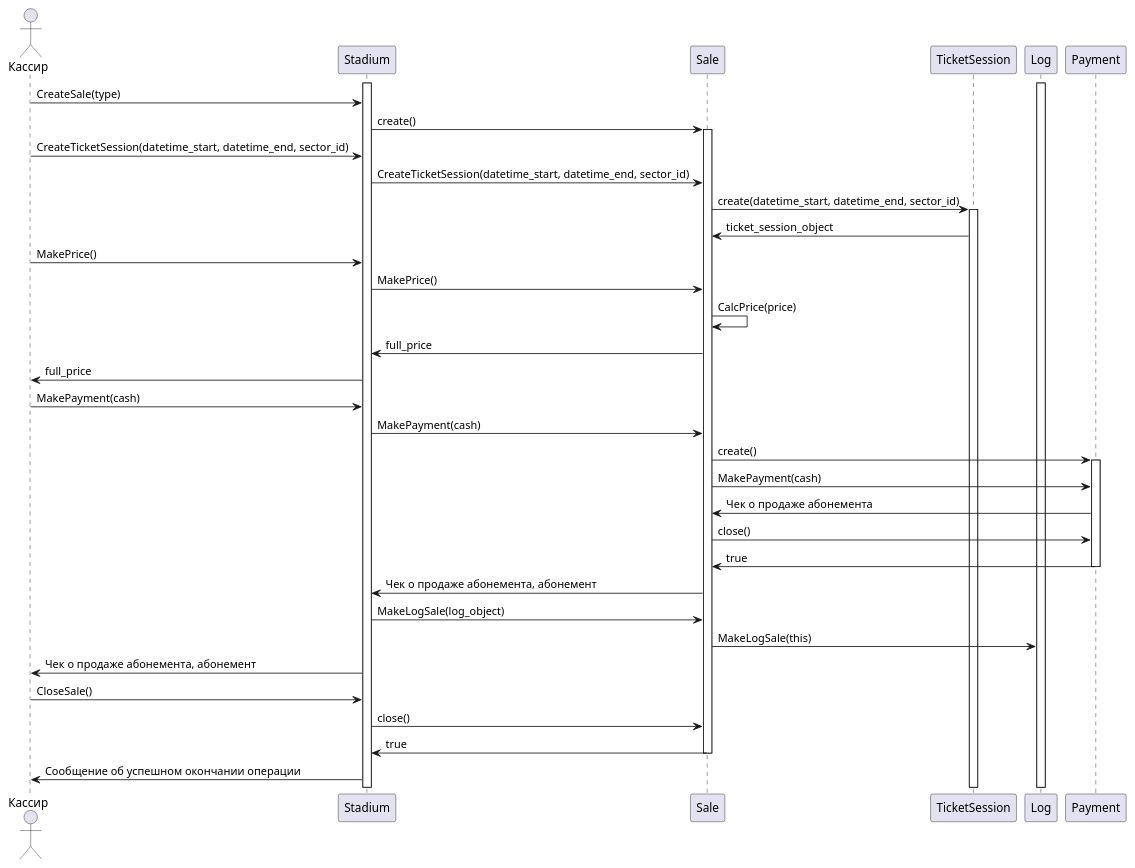
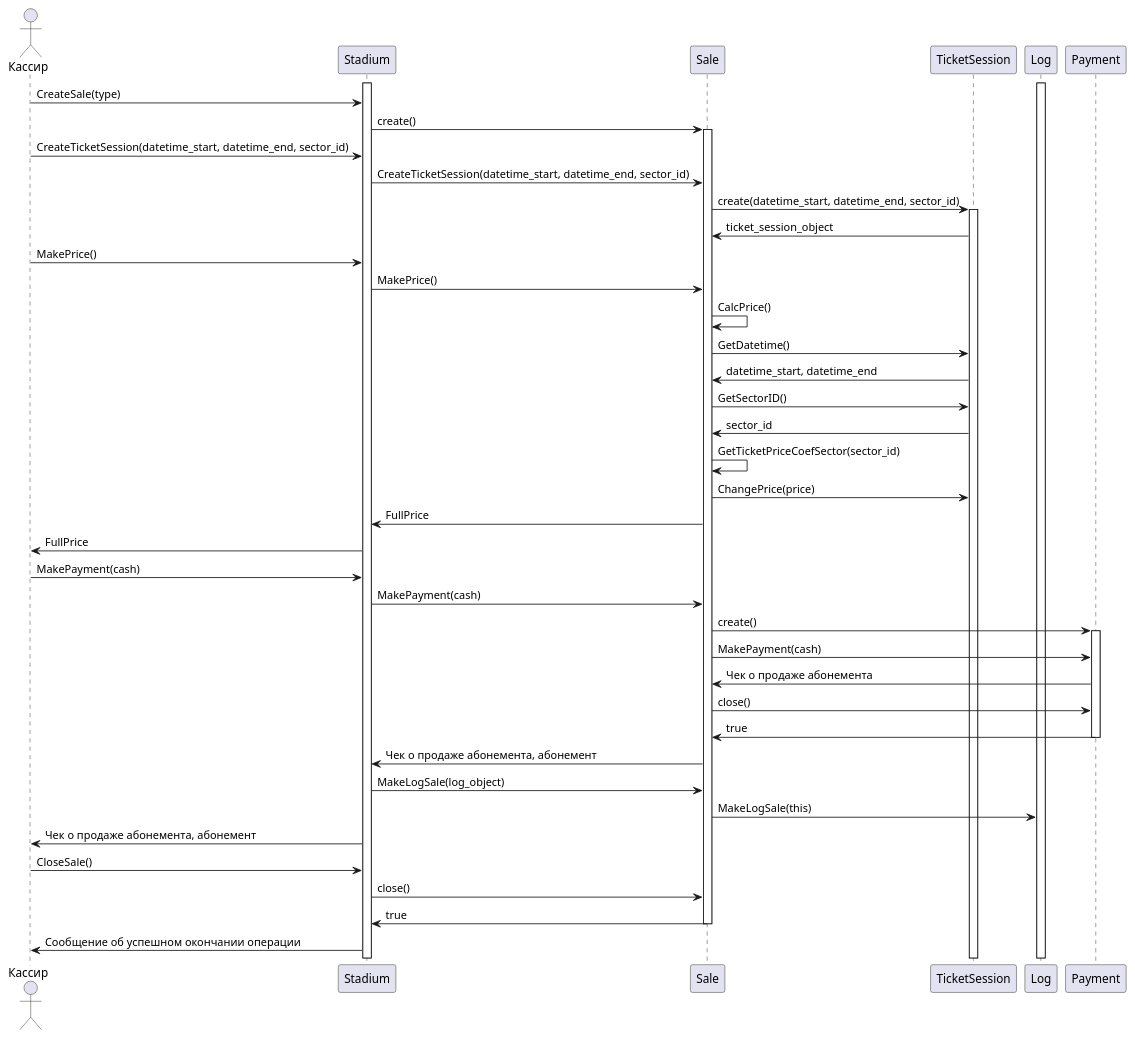
Before and after one commit to penamarth/bsbo-03-23_team4_var10_football: the diagram in Прецеденты/Диаграмма продажи абонемента.md, drawn with PlantUML. The commit also changed 7 other files, not shown here.

````diff
--- a/Прецеденты/Диаграмма продажи абонемента.md
+++ b/Прецеденты/Диаграмма продажи абонемента.md
@@ -1,59 +1,63 @@
 ```plantuml
 @startuml
 
 actor Кассир
 participant Stadium
 participant Sale
 participant TicketSession
 participant Log
 participant Payment
 
 activate Stadium
 activate Log
 
 Кассир -> Stadium : CreateSale(type)
 Stadium -> Sale : create()
 activate Sale
 
 Кассир -> Stadium : CreateTicketSession(datetime_start, datetime_end, sector_id)
 Stadium -> Sale : CreateTicketSession(datetime_start, datetime_end, sector_id)
 Sale -> TicketSession : create(datetime_start, datetime_end, sector_id)
 activate TicketSession
 Sale <- TicketSession : ticket_session_object
 
-
 Кассир -> Stadium : MakePrice()
 Stadium -> Sale : MakePrice()
 
-Sale -> Sale : CalcPrice(price)
+Sale -> Sale : CalcPrice()
+Sale -> TicketSession : GetDatetime()
+Sale <- TicketSession : datetime_start, datetime_end
+Sale -> TicketSession : GetSectorID()
+Sale <- TicketSession : sector_id
+Sale -> Sale : GetTicketPriceCoefSector(sector_id)
+Sale -> TicketSession : ChangePrice(price)
 
-
-Stadium <- Sale : full_price
-Кассир <- Stadium : full_price
+Stadium <- Sale : FullPrice
+Кассир <- Stadium : FullPrice
 
 Кассир -> Stadium : MakePayment(cash)
 Stadium -> Sale : MakePayment(cash)
 Sale -> Payment : create()
 
 activate Payment
 Sale -> Payment : MakePayment(cash)
 Sale <- Payment : Чек о продаже абонемента
 Sale -> Payment : close()
 Sale <- Payment : true
 deactivate Payment
 
 Stadium <- Sale : Чек о продаже абонемента, абонемент
 
 Stadium -> Sale : MakeLogSale(log_object)
 Sale -> Log : MakeLogSale(this)
 
 Кассир <- Stadium : Чек о продаже абонемента, абонемент
 
 Кассир -> Stadium : CloseSale()
 Stadium -> Sale : close()
 Stadium <- Sale : true
 deactivate Sale
 Кассир <- Stadium : Сообщение об успешном окончании операции
 
 @enduml
 ```
````
